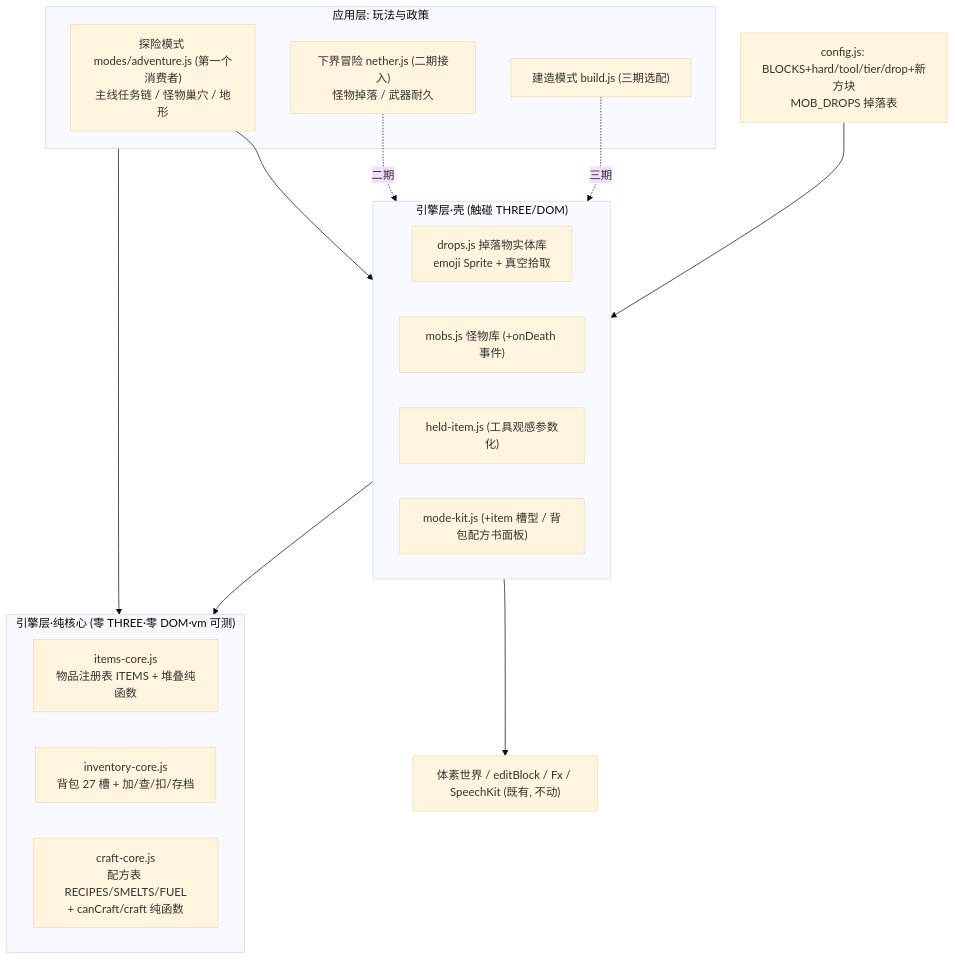
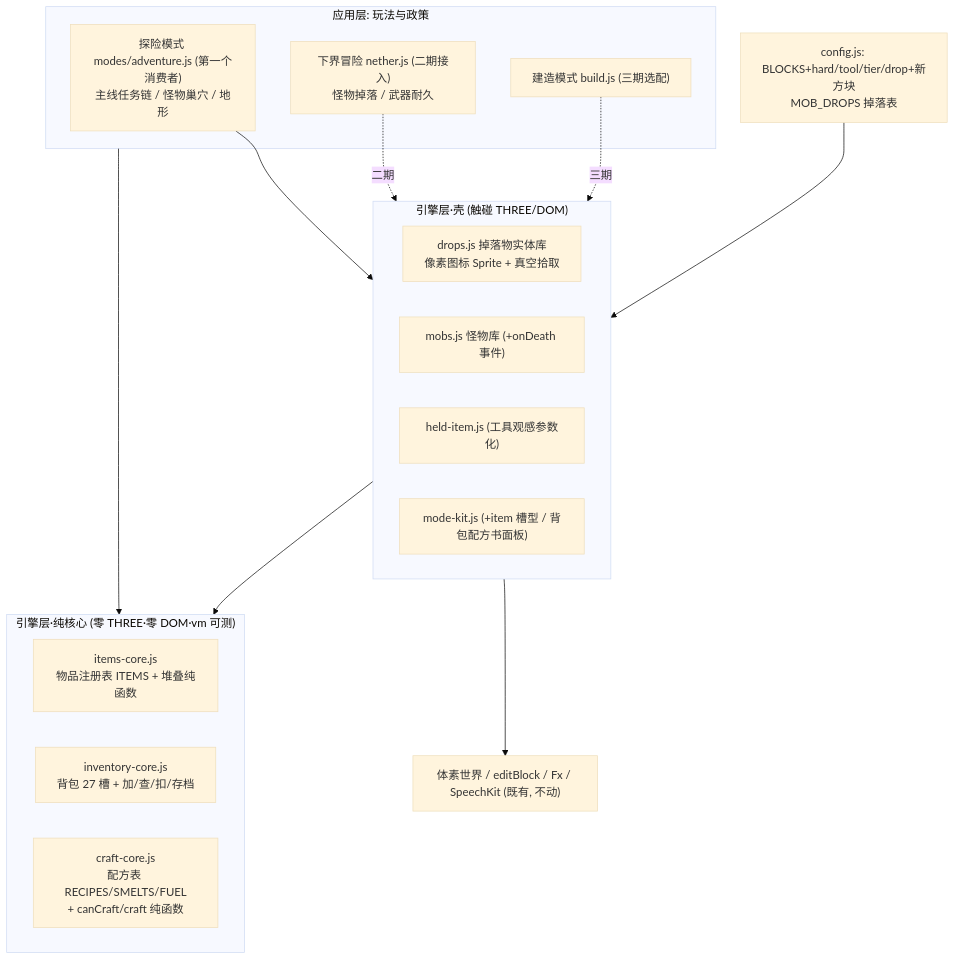
The diagram in docs/item-crafting-design.md (zhangCan112/mine-child-craft), drawn with Mermaid (base theme) before and after one commit. The commit also changed other lines of this file and 2 other files, not shown here.

Commit message:
物品与合成系统: pinpoint 批注吸收进设计稿 + 一期执行 spec + 工单任务图(本地 tracker 代理, T1-T16)

````diff
--- a/docs/item-crafting-design.md
+++ b/docs/item-crafting-design.md
@@ -44,28 +44,28 @@
 ```mermaid
 flowchart TD
     subgraph APP["应用层: 玩法与政策"]
         ADV["探险模式 modes/adventure.js (第一个消费者)<br/>主线任务链 / 怪物巢穴 / 地形"]
         NET["下界冒险 nether.js (二期接入)<br/>怪物掉落 / 武器耐久"]
         BUILD["建造模式 build.js (三期选配)"]
     end
     subgraph ENG_CORE["引擎层·纯核心 (零 THREE·零 DOM·vm 可测)"]
         IT["items-core.js<br/>物品注册表 ITEMS + 堆叠纯函数"]
         INV["inventory-core.js<br/>背包 27 槽 + 加/查/扣/存档"]
         CR["craft-core.js<br/>配方表 RECIPES/SMELTS/FUEL<br/>+ canCraft/craft 纯函数"]
     end
     subgraph ENG_SHELL["引擎层·壳 (触碰 THREE/DOM)"]
-        DR["drops.js 掉落物实体库<br/>emoji Sprite + 真空拾取"]
+        DR["drops.js 掉落物实体库<br/>像素图标 Sprite + 真空拾取"]
         MOB["mobs.js 怪物库 (+onDeath 事件)"]
         HI["held-item.js (工具观感参数化)"]
         MK["mode-kit.js (+item 槽型 / 背包配方书面板)"]
     end
     CFG["config.js: BLOCKS+hard/tool/tier/drop+新方块<br/>MOB_DROPS 掉落表"]
     W["体素世界 / editBlock / Fx / SpeechKit (既有, 不动)"]
     ADV --> ENG_SHELL
     NET -.二期.-> ENG_SHELL
     BUILD -.三期.-> ENG_SHELL
     APP --> ENG_CORE
     ENG_SHELL --> ENG_CORE
     ENG_SHELL --> W
     CFG --> ENG_SHELL
 ```
````
